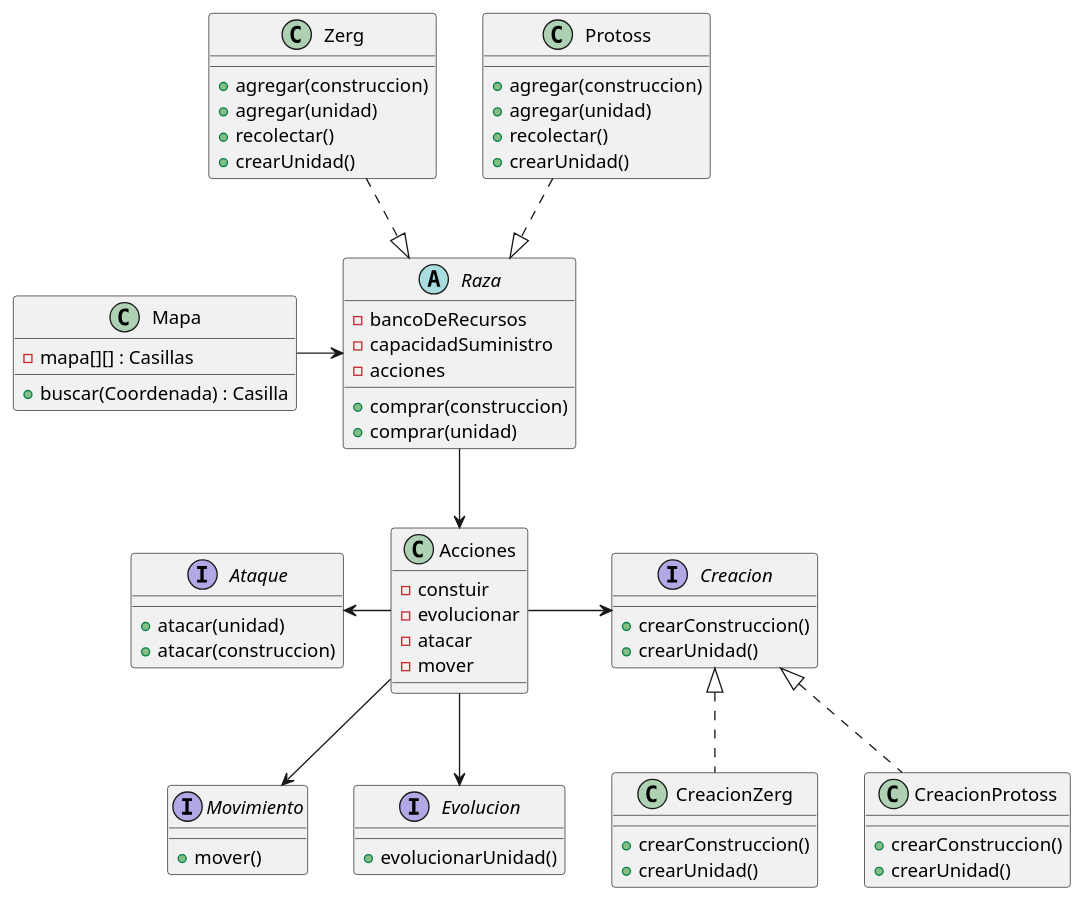
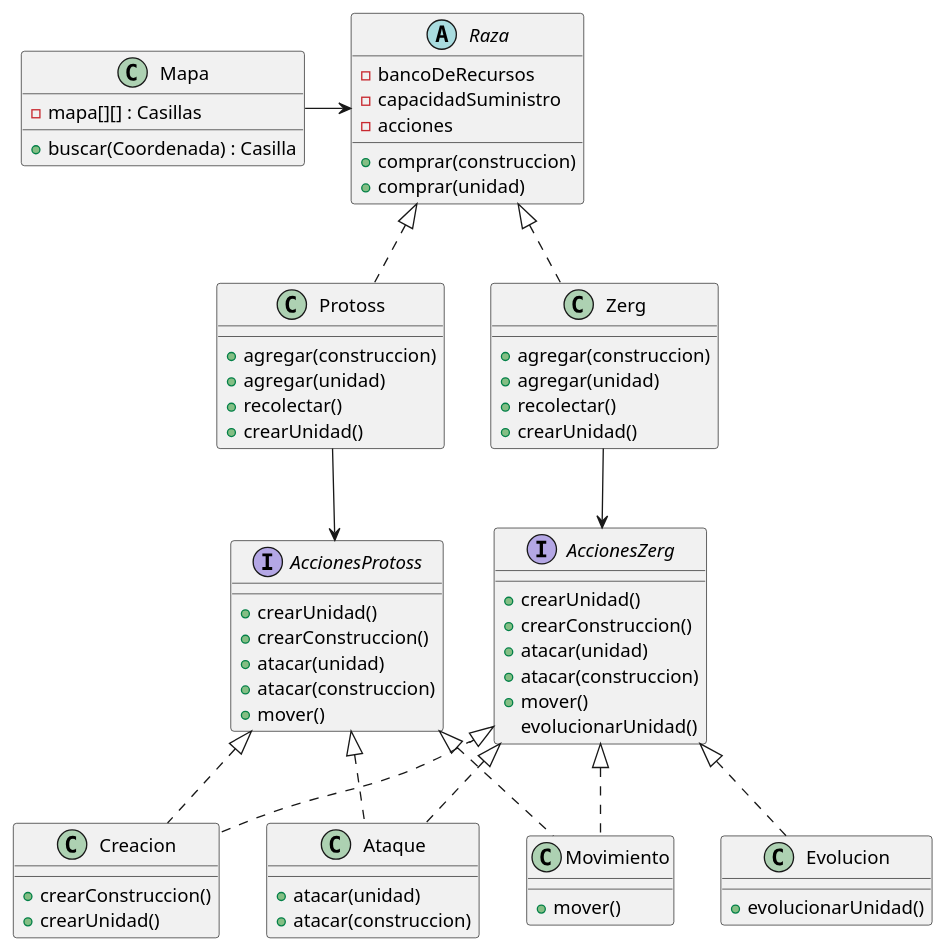
One commit to GiaWong/Algo3_TP2_2C2022 changed the diagram in diagrams/classes/Modelo3/ModeloAcciones.puml. Above: the diagram before and after it, drawn with PlantUML.

Commit message:
Actualizacion modelo de Acciones.

```diff
--- a/diagrams/classes/Modelo3/ModeloAcciones.puml
+++ b/diagrams/classes/Modelo3/ModeloAcciones.puml
@@ -1,84 +1,87 @@
 @startuml
 'https://plantuml.com/class-diagram
 
 
 abstract class Raza {
     - bancoDeRecursos
     - capacidadSuministro
     - acciones
 
     + comprar(construccion)
     + comprar(unidad)
 }
 
 class Zerg {
     + agregar(construccion)
     + agregar(unidad)
     + recolectar()
     + crearUnidad()
 }
 
 class Protoss {
     + agregar(construccion)
     + agregar(unidad)
     + recolectar()
     + crearUnidad()
 }
 
-class Acciones {
-    - constuir
-    - evolucionar
-    - atacar
-    - mover
+interface AccionesProtoss {
+    +crearUnidad()
+    +crearConstruccion()
+    +atacar(unidad)
+    +atacar(construccion)
+    +mover()
 }
 
-interface Creacion {
+interface AccionesZerg {
+    +crearUnidad()
+    +crearConstruccion()
+    +atacar(unidad)
+    +atacar(construccion)
+    +mover()
+    evolucionarUnidad()
+}
+
+class Creacion {
     + crearConstruccion()
     + crearUnidad()
 }
 
-interface Ataque {
+class Ataque {
     + atacar(unidad)
     + atacar(construccion)
 }
 
-interface Movimiento {
+class Movimiento {
     + mover()
 }
 
-interface Evolucion {
+class Evolucion {
     + evolucionarUnidad()
-}
-
-class CreacionZerg {
-    + crearConstruccion()
-    + crearUnidad()
-}
-
-class CreacionProtoss {
-    + crearConstruccion()
-    + crearUnidad()
 }
 
 class Mapa {
     - mapa[][] : Casillas
 
     + buscar(Coordenada) : Casilla
 }
 
 Mapa -> Raza
-Zerg ..|> Raza
-Protoss ..|> Raza
+Raza <|.. Zerg
+Raza <|.. Protoss
 
-Raza --> Acciones
-Acciones -> Creacion
-Acciones -left-> Ataque
-Acciones --> Movimiento
-Acciones --> Evolucion
+Zerg --> AccionesZerg
+Protoss --> AccionesProtoss
+AccionesZerg <|.. Creacion
+AccionesZerg <|.. Ataque
+AccionesZerg <|.. Movimiento
+AccionesZerg <|.. Evolucion
 
-Creacion <|.. CreacionZerg
-Creacion <|.. CreacionProtoss
+AccionesProtoss <|.. Creacion
+AccionesProtoss <|.. Ataque
+AccionesProtoss <|.. Movimiento
+
 
 
 
 @enduml
```
